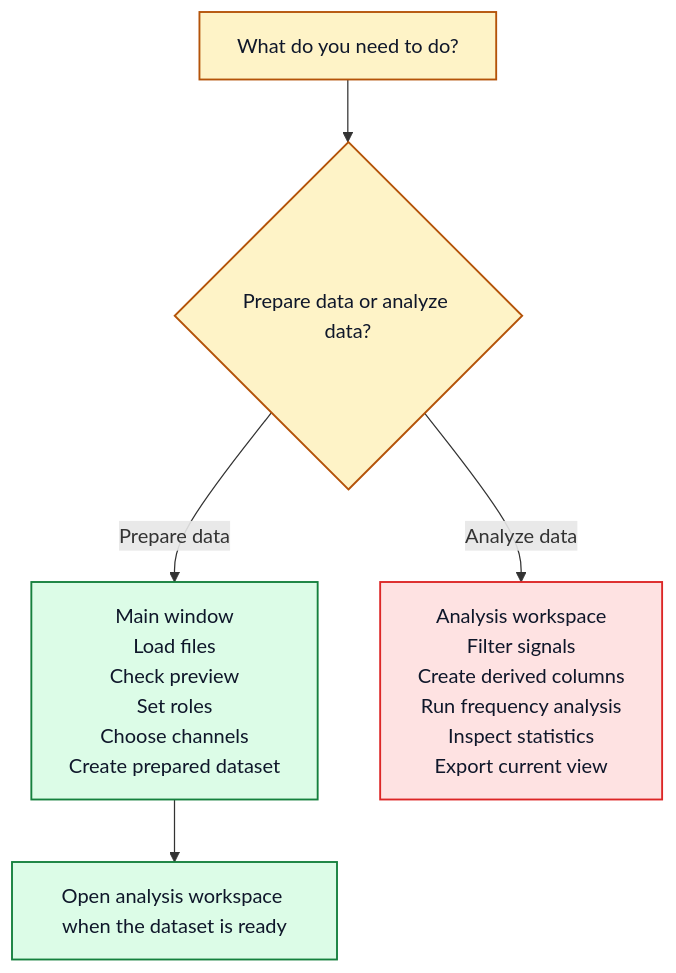
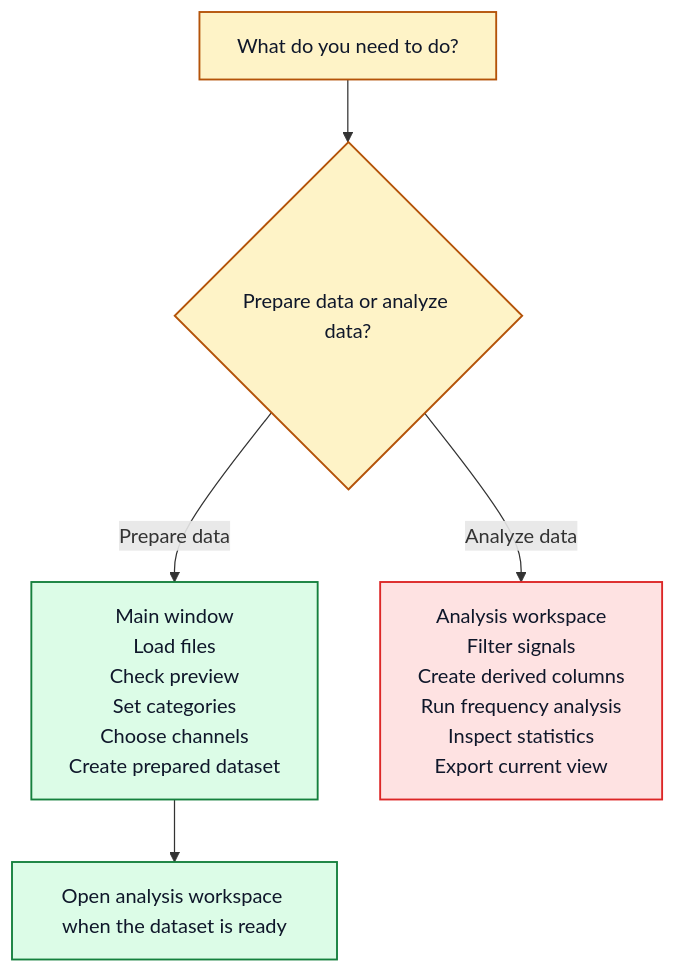
Before and after one commit to jameskiki/Data-Signals-and-Systems: the second of 2 diagrams in docs/user-guide.md, drawn with Mermaid. The commit also changed other lines of this file and 15 other files, not shown here.

````diff
--- a/docs/user-guide.md
+++ b/docs/user-guide.md
@@ -77,15 +76,15 @@
 ```mermaid
 flowchart TB
     Start[What do you need to do?] --> Decide{Prepare data or analyze data?}
-    Decide -->|Prepare data| Main[Main window\nLoad files\nCheck preview\nSet roles\nChoose channels\nCreate prepared dataset]
+    Decide -->|Prepare data| Main[Main window\nLoad files\nCheck preview\nSet categories\nChoose channels\nCreate prepared dataset]
     Decide -->|Analyze data| Workspace[Analysis workspace\nFilter signals\nCreate derived columns\nRun frequency analysis\nInspect statistics\nExport current view]
     Main --> Next[Open analysis workspace when the dataset is ready]
 
     classDef question fill:#fef3c7,stroke:#b45309,color:#0f172a,stroke-width:1.5px;
     classDef prepare fill:#dcfce7,stroke:#15803d,color:#0f172a,stroke-width:1.5px;
     classDef analysis fill:#fee2e2,stroke:#dc2626,color:#0f172a,stroke-width:1.5px;
 
     class Start,Decide question;
     class Main,Next prepare;
     class Workspace analysis;
 ```
````
